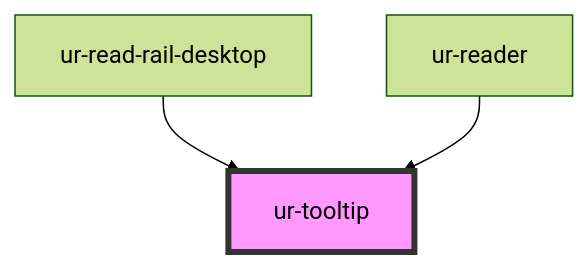
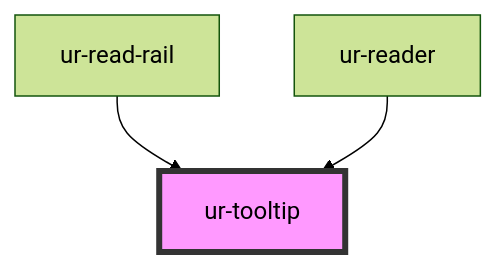
The diagram in src/components/ur-tooltip/readme.md (hellish/urnovl-web-components), drawn with Mermaid (forest theme) before and after one commit. The commit also changed other lines of this file and 4 other files, not shown here.

Commit message:
fix again read rail

````diff
--- a/src/components/ur-tooltip/readme.md
+++ b/src/components/ur-tooltip/readme.md
@@ -30,6 +30,6 @@
 ```mermaid
 graph TD;
-  ur-read-rail-desktop --> ur-tooltip
+  ur-read-rail --> ur-tooltip
   ur-reader --> ur-tooltip
   style ur-tooltip fill:#f9f,stroke:#333,stroke-width:4px
 ```
````
